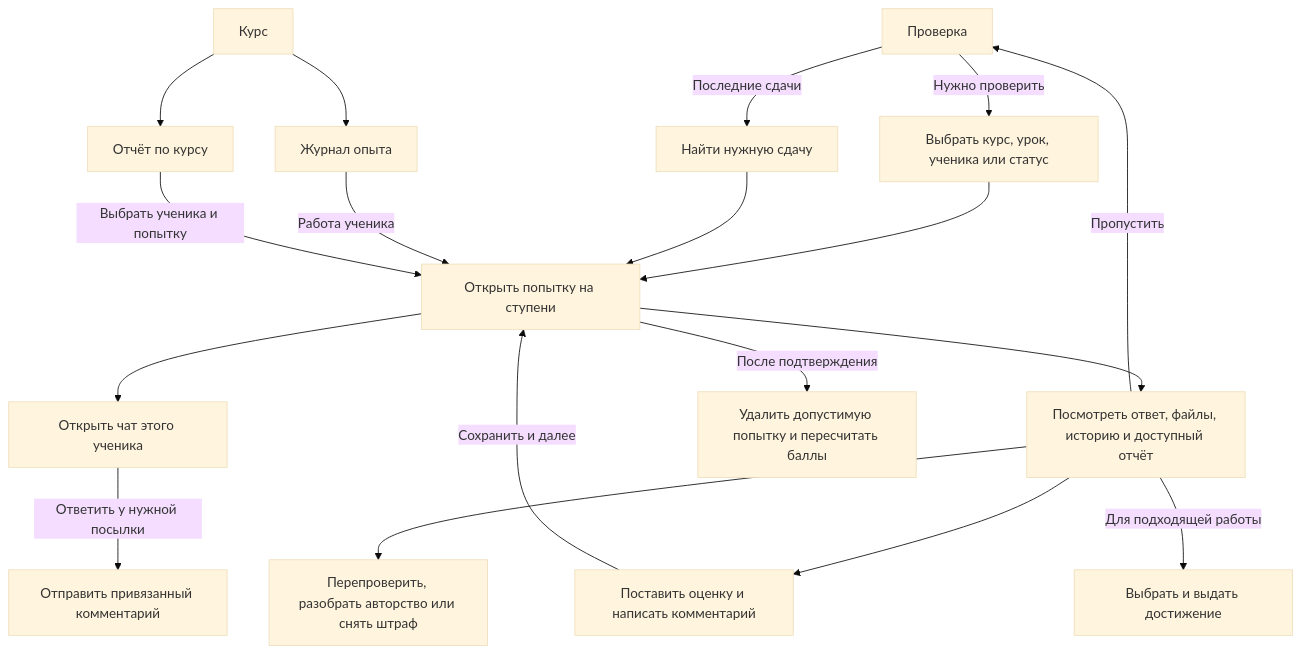
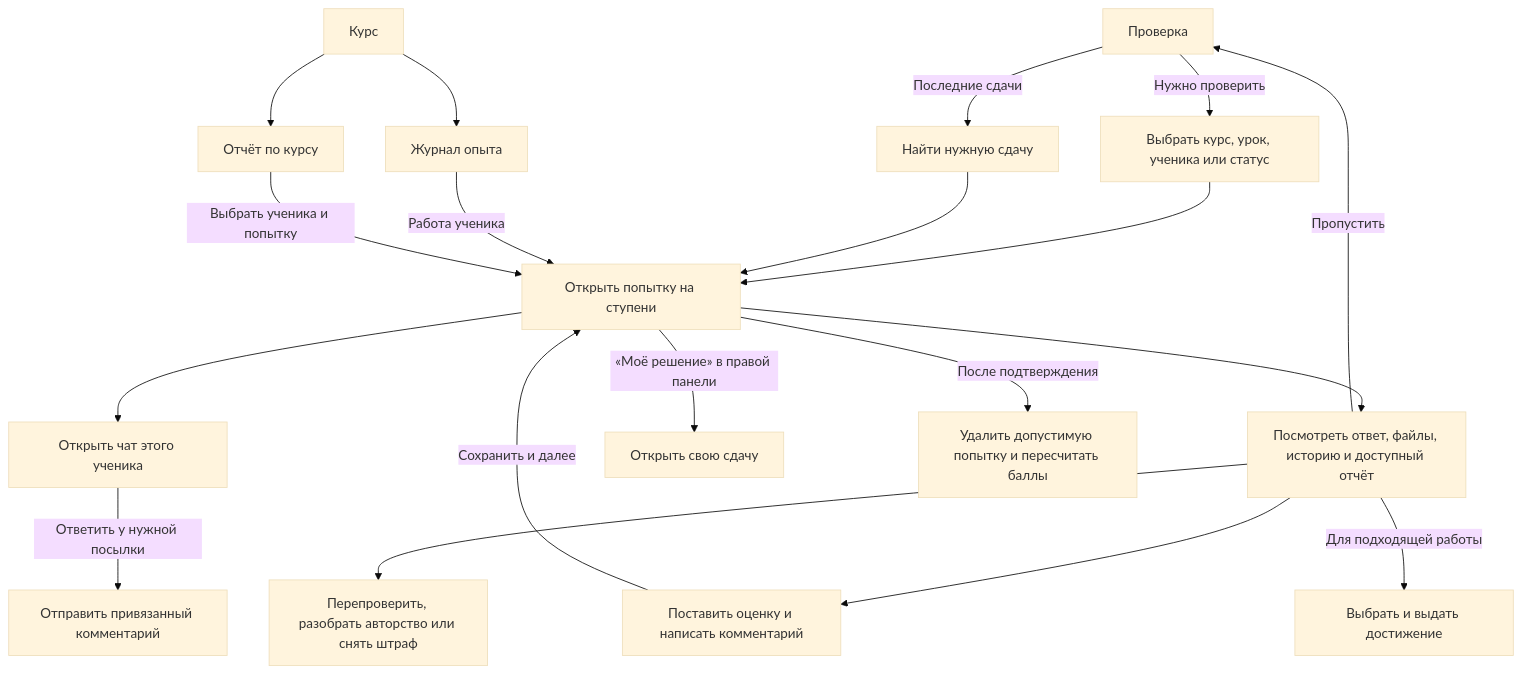
Before and after one commit to roctbb/CodingProjects: the sixth of 8 diagrams in docs/ux/role-actions.md, drawn with Mermaid (base theme). The commit also changed other lines of this file and 120 other files, not shown here.

````diff
--- a/docs/ux/role-actions.md
+++ b/docs/ux/role-actions.md
@@ -186,20 +205,21 @@
 ```mermaid
 flowchart TD
   queue["Проверка"] -->|Нужно проверить| filter["Выбрать курс, урок, ученика или статус"]
   queue -->|Последние сдачи| recent["Найти нужную сдачу"]
   filter --> work["Открыть попытку на ступени"]
   recent --> work
   course["Курс"] --> journal["Журнал опыта"]
   course --> report["Отчёт по курсу"]
   journal -->|Работа ученика| work
   report -->|Выбрать ученика и попытку| work
   work --> inspect["Посмотреть ответ, файлы, историю и доступный отчёт"]
   work --> chat["Открыть чат этого ученика"]
+  work -->|«Моё решение» в правой панели| own["Открыть свою сдачу"]
   chat -->|Ответить у нужной посылки| reply["Отправить привязанный комментарий"]
   inspect --> grade["Поставить оценку и написать комментарий"]
   grade -->|Сохранить и далее| work
   inspect -->|Пропустить| queue
   inspect --> options["Перепроверить, разобрать авторство или снять штраф"]
   inspect -->|Для подходящей работы| award["Выбрать и выдать достижение"]
   work -->|После подтверждения| remove["Удалить допустимую попытку и пересчитать баллы"]
 ```
````
